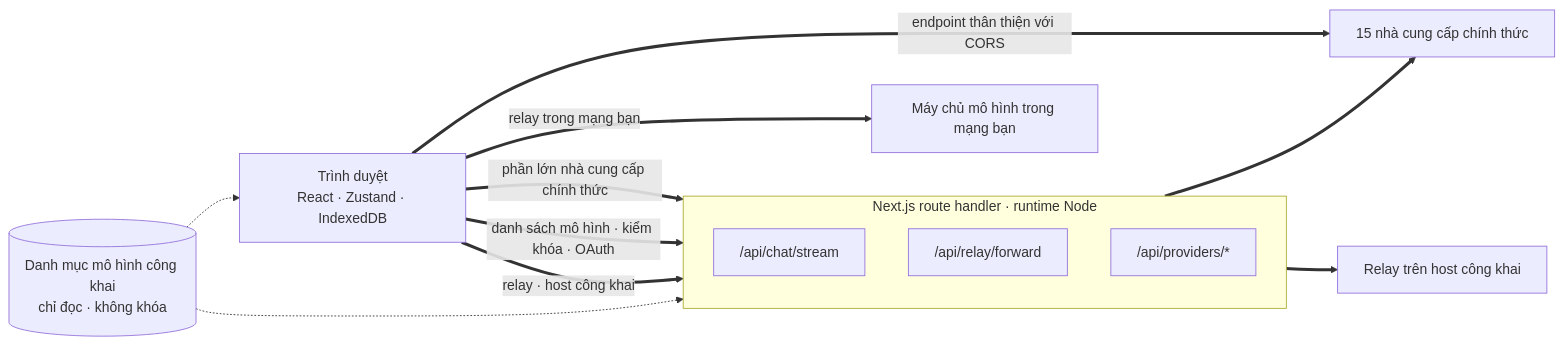
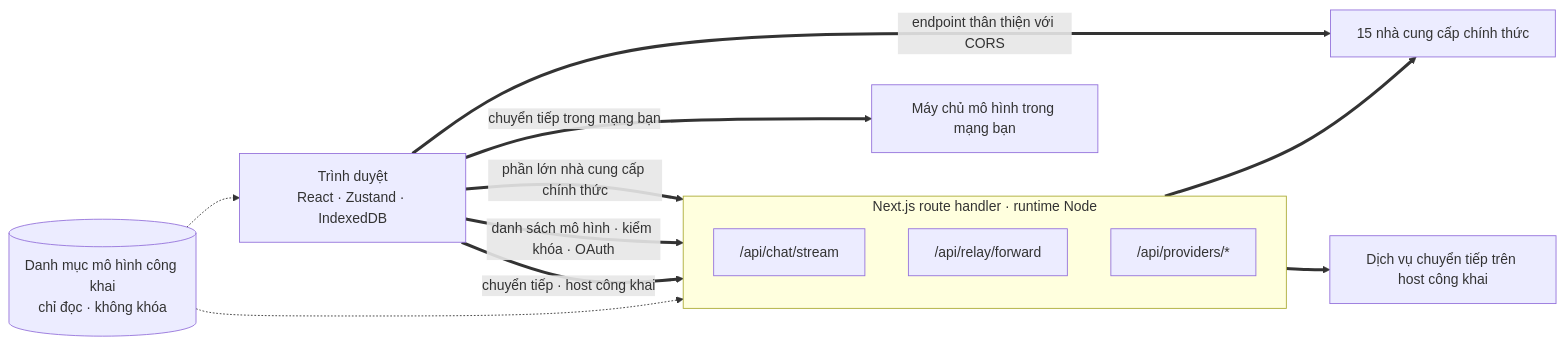
One commit to oriveo/oriveo changed the first of 2 diagrams in readme_i18n/vi/web.md. Above: the diagram before and after it, drawn with Mermaid. The commit also changed other lines of this file and 89 other files, not shown here.

````diff
--- a/readme_i18n/vi/web.md
+++ b/readme_i18n/vi/web.md
@@ -61,24 +63,24 @@
 ```mermaid
 flowchart LR
     browser["Trình duyệt<br/>React · Zustand · IndexedDB"]
 
     subgraph server ["Next.js route handler · runtime Node"]
         direction TB
         chat["/api/chat/stream"]
         fwd["/api/relay/forward"]
         prov["/api/providers/*"]
     end
 
     official["15 nhà cung cấp chính thức"]
-    pubrelay["Relay trên host công khai"]
+    pubrelay["Dịch vụ chuyển tiếp trên host công khai"]
     lan["Máy chủ mô hình trong mạng bạn"]
     catalog[("Danh mục mô hình công khai<br/>chỉ đọc · không khóa")]
 
     browser ==>|"phần lớn nhà cung cấp chính thức"| chat ==> official
     browser ==>|"danh sách mô hình · kiểm khóa · OAuth"| prov
-    browser ==>|"relay · host công khai"| fwd ==> pubrelay
-    browser ==>|"relay trong mạng bạn"| lan
+    browser ==>|"chuyển tiếp · host công khai"| fwd ==> pubrelay
+    browser ==>|"chuyển tiếp trong mạng bạn"| lan
     browser ==>|"endpoint thân thiện với CORS"| official
     catalog -.-> browser
     catalog -.-> chat
 ```
````
